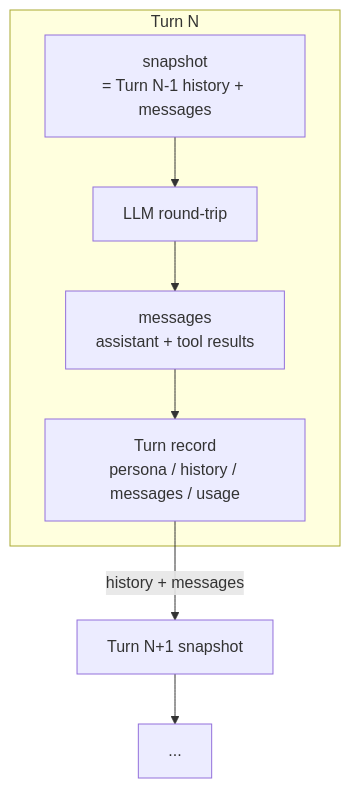
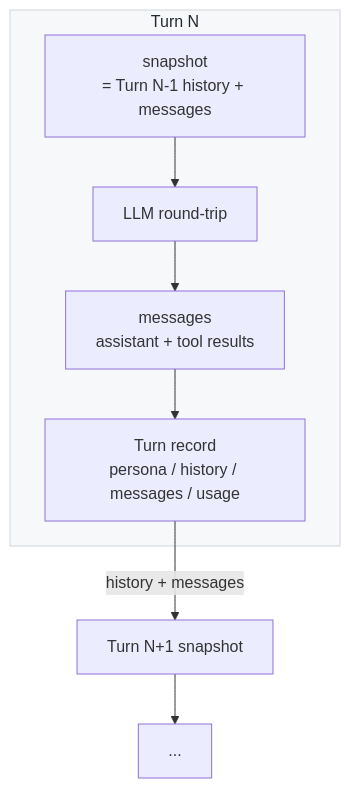
One commit to DarkSpaceY/NAN-itself changed the second of 4 diagrams in README.md. Above: the diagram before and after it, drawn with Mermaid. The commit also changed other lines of this file, not shown here.

Commit message:
Give README mermaid subgraphs a neutral background
Turn N and Agent subgraphs render with the default transparent
fill; pin them to a GitHub-style light gray so they read as
grouped regions on any theme.

````diff
--- a/README.md
+++ b/README.md
@@ -63,10 +63,12 @@
 ```mermaid
 flowchart TB
     subgraph turn["Turn N"]
         A["snapshot<br/>= Turn N-1 history + messages"] --> B[LLM round-trip]
         B --> C["messages<br/>assistant + tool results"]
         C --> D["Turn record<br/>persona / history / messages / usage"]
     end
     D -->|"history + messages"| E["Turn N+1 snapshot"]
     E --> A2["..."]
+
+    style turn fill:#f6f8fa,stroke:#d0d7de,color:#24292f
 ```
````
